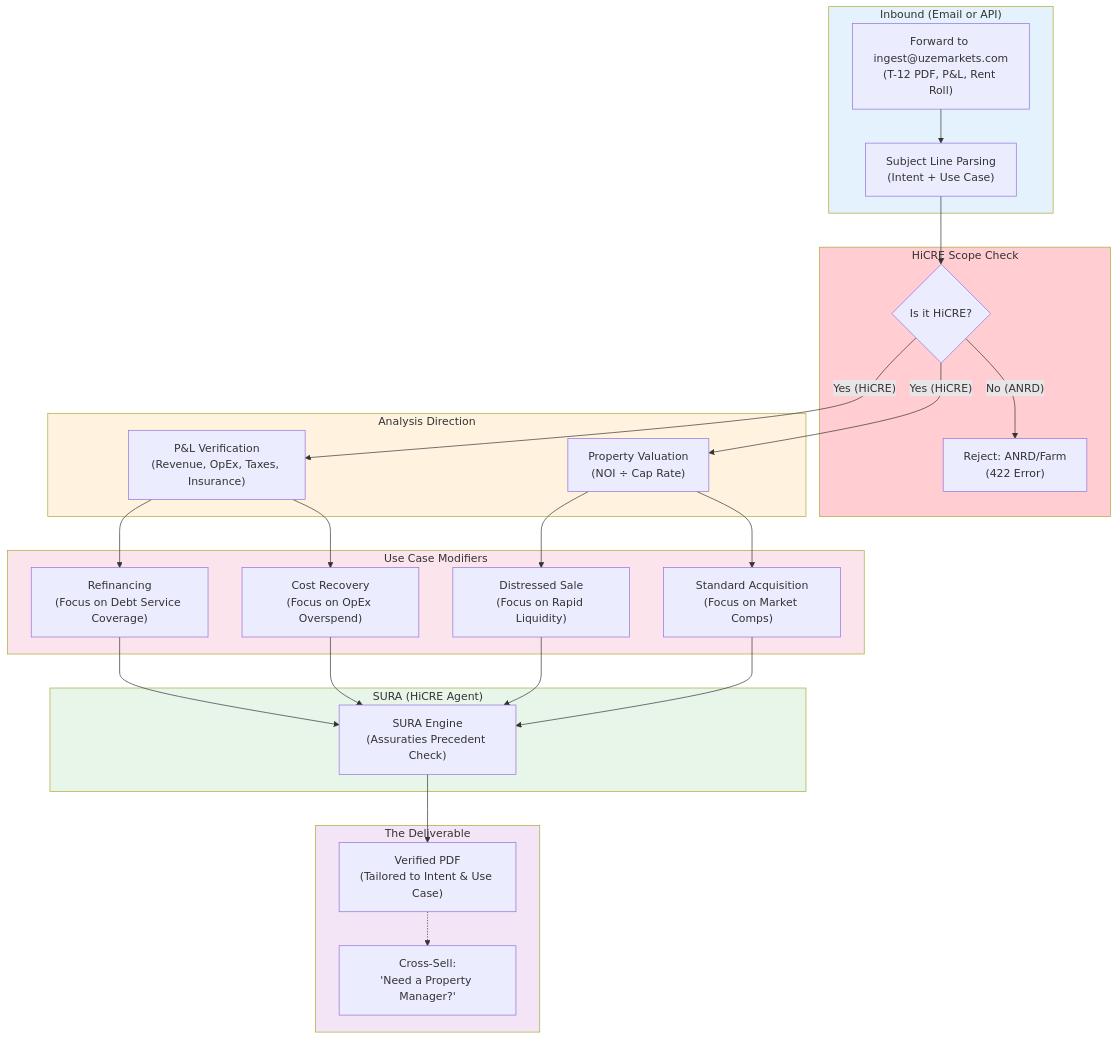
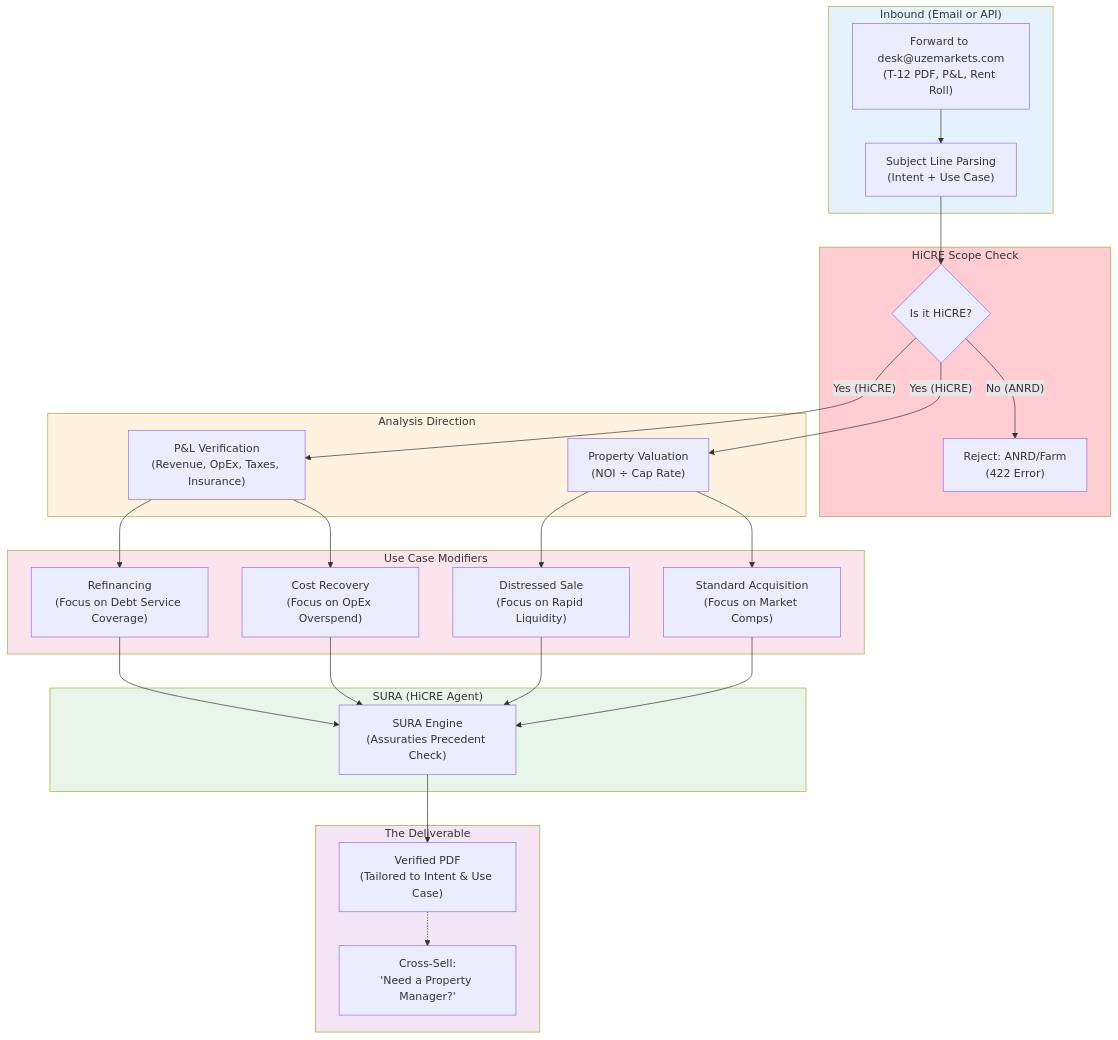
Before and after one commit to DEVBUILDSTACK/UZE: the diagram in docs/diagrams/17-underwriting-gateway-logic.md, drawn with Mermaid. The commit also changed 3 other files, not shown here.

First line of the commit message:
desk@: underwrite intake address moves to the Desk (desk@uzemarkets.com)

````diff
--- a/docs/diagrams/17-underwriting-gateway-logic.md
+++ b/docs/diagrams/17-underwriting-gateway-logic.md
@@ -8,59 +8,59 @@
 ```mermaid
 flowchart TD
     subgraph INPUT["Inbound (Email or API)"]
-        EMAIL["Forward to ingest@uzemarkets.com<br/>(T-12 PDF, P&L, Rent Roll)"]
+        EMAIL["Forward to desk@uzemarkets.com<br/>(T-12 PDF, P&L, Rent Roll)"]
         SUBJECT["Subject Line Parsing<br/>(Intent + Use Case)"]
     end
 
     subgraph ROUTER["HiCRE Scope Check"]
         CHECK{"Is it HiCRE?"}
         REJECT["Reject: ANRD/Farm<br/>(422 Error)"]
     end
 
     subgraph INTENT["Analysis Direction"]
         PL["P&L Verification<br/>(Revenue, OpEx, Taxes, Insurance)"]
         VAL["Property Valuation<br/>(NOI ÷ Cap Rate)"]
     end
 
     subgraph USECASE["Use Case Modifiers"]
         REFI["Refinancing<br/>(Focus on Debt Service Coverage)"]
         DISTRESS["Distressed Sale<br/>(Focus on Rapid Liquidity)"]
         ACQ["Standard Acquisition<br/>(Focus on Market Comps)"]
         COST["Cost Recovery<br/>(Focus on OpEx Overspend)"]
     end
 
     subgraph AGENT["SURA (HiCRE Agent)"]
         SURA["SURA Engine<br/>(Assuraties Precedent Check)"]
     end
 
     subgraph OUTPUT["The Deliverable"]
         PDF["Verified PDF<br/>(Tailored to Intent & Use Case)"]
         CROSS["Cross-Sell:<br/>'Need a Property Manager?'"]
     end
 
     EMAIL --> SUBJECT
     SUBJECT --> CHECK
     CHECK -- "No (ANRD)" --> REJECT
     CHECK -- "Yes (HiCRE)" --> PL
     CHECK -- "Yes (HiCRE)" --> VAL
 
     PL --> REFI
     PL --> COST
     VAL --> DISTRESS
     VAL --> ACQ
 
     REFI --> SURA
     COST --> SURA
     DISTRESS --> SURA
     ACQ --> SURA
 
     SURA --> PDF
     PDF -.-> CROSS
 
     style INPUT fill:#e3f2fd
     style ROUTER fill:#ffcdd2
     style INTENT fill:#fff3e0
     style USECASE fill:#fce4ec
     style AGENT fill:#e8f5e9
     style OUTPUT fill:#f3e5f5
 ```
````
